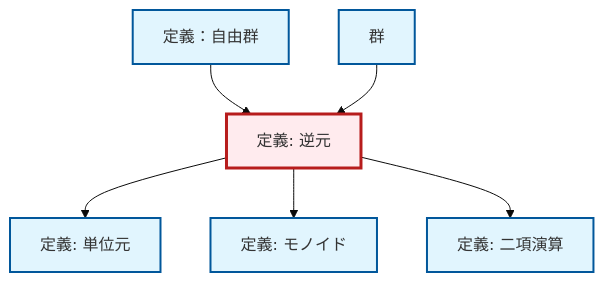
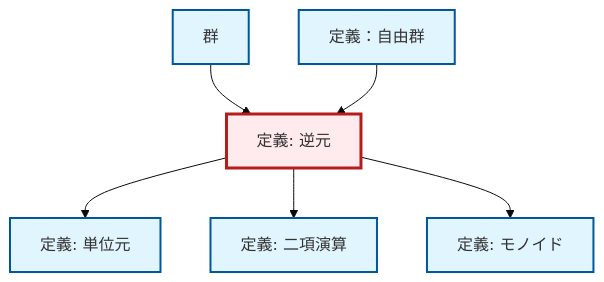
The diagram in content/ja/algebra/def-inverse-element.qmd (RK0429/ModernMath), drawn with Mermaid (base theme) before and after one commit. The commit also changed other lines of this file and 328 other files, not shown here.

````diff
--- a/content/ja/algebra/def-inverse-element.qmd
+++ b/content/ja/algebra/def-inverse-element.qmd
@@ -84,26 +84,26 @@
 ```{mermaid}
 %%| fig-cap: "ローカル依存関係グラフ"
 graph TD
     classDef definition fill:#e1f5fe,stroke:#01579b,stroke-width:2px
     classDef theorem fill:#f3e5f5,stroke:#4a148c,stroke-width:2px
     classDef axiom fill:#fff3e0,stroke:#e65100,stroke-width:2px
     classDef example fill:#e8f5e9,stroke:#1b5e20,stroke-width:2px
     classDef current fill:#ffebee,stroke:#b71c1c,stroke-width:3px
+    def-identity-element["定義: 単位元"]:::definition
     def-inverse-element["定義: 逆元"]:::definition
     def-binary-operation["定義: 二項演算"]:::definition
+    def-group["群"]:::definition
     def-monoid["定義: モノイド"]:::definition
     def-free-group["定義：自由群"]:::definition
-    def-identity-element["定義: 単位元"]:::definition
-    def-group["群"]:::definition
+    def-group --> def-inverse-element
     def-inverse-element --> def-identity-element
+    def-inverse-element --> def-binary-operation
     def-free-group --> def-inverse-element
     def-inverse-element --> def-monoid
-    def-inverse-element --> def-binary-operation
-    def-group --> def-inverse-element
     class def-inverse-element current
+    click def-identity-element "def-identity-element.html" "単位元の定義へ"
     click def-binary-operation "def-binary-operation.html" "二項演算の定義へ"
+    click def-group "def-group.html" "群へ"
     click def-monoid "def-monoid.html" "モノイドの定義へ"
     click def-free-group "def-free-group.html" "定義：自由群へ"
-    click def-identity-element "def-identity-element.html" "単位元の定義へ"
-    click def-group "def-group.html" "群へ"
 ```
````
